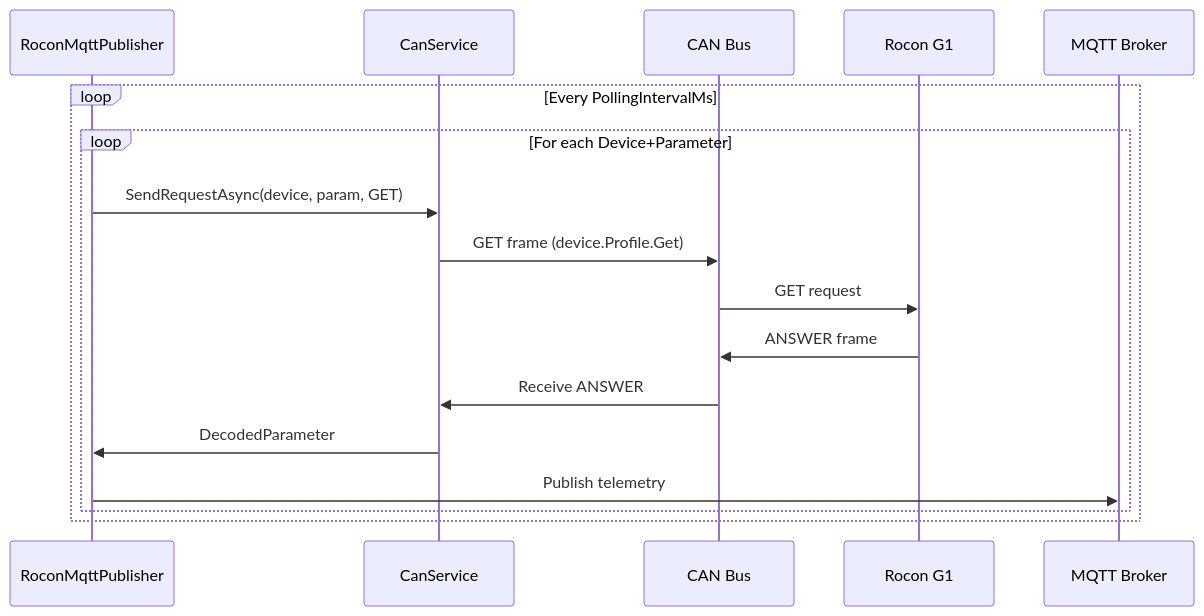
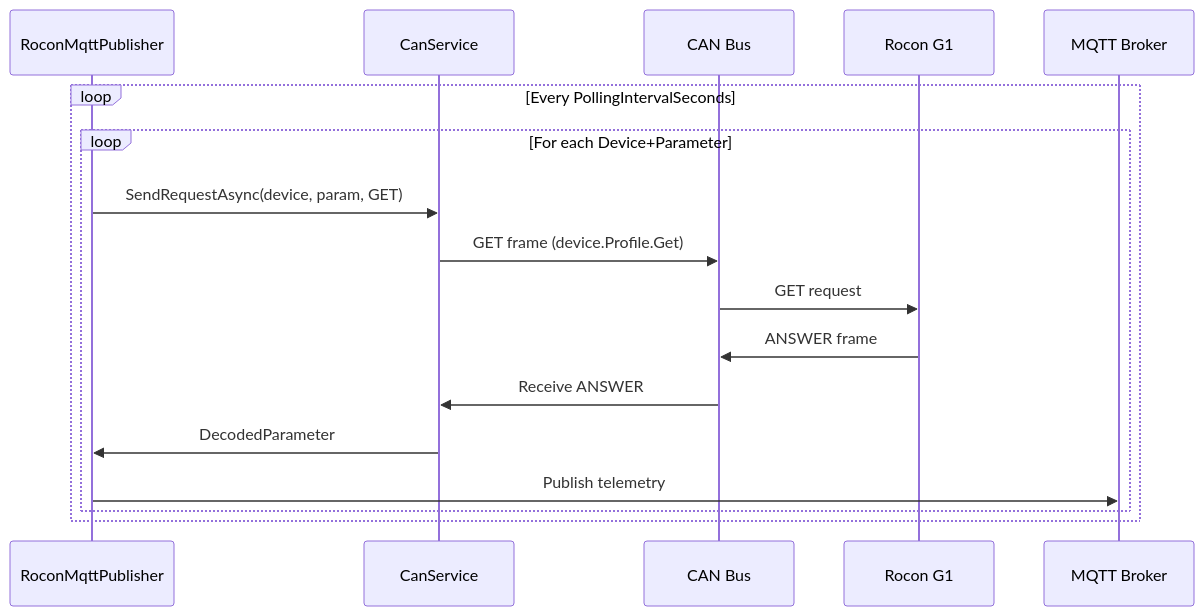
One commit to DoctaShizzle/rotex-rocon2mqtt changed the sixth of 6 diagrams in docu/CAN.md. Above: the diagram before and after it, drawn with Mermaid. The commit also changed other lines of this file and 27 other files, not shown here.

````diff
--- a/docu/CAN.md
+++ b/docu/CAN.md
@@ -512,20 +506,20 @@
 ```mermaid
 sequenceDiagram
     participant Publisher as RoconMqttPublisher
     participant Service as CanService
     participant CAN as CAN Bus
     participant Controller as Rocon G1
     participant MQTT as MQTT Broker
 
-    loop Every PollingIntervalMs
+    loop Every PollingIntervalSeconds
         loop For each Device+Parameter
             Publisher->>Service: SendRequestAsync(device, param, GET)
             Service->>CAN: GET frame (device.Profile.Get)
             CAN->>Controller: GET request
             Controller->>CAN: ANSWER frame
             CAN->>Service: Receive ANSWER
             Service->>Publisher: DecodedParameter
             Publisher->>MQTT: Publish telemetry
         end
     end
 ```
````
